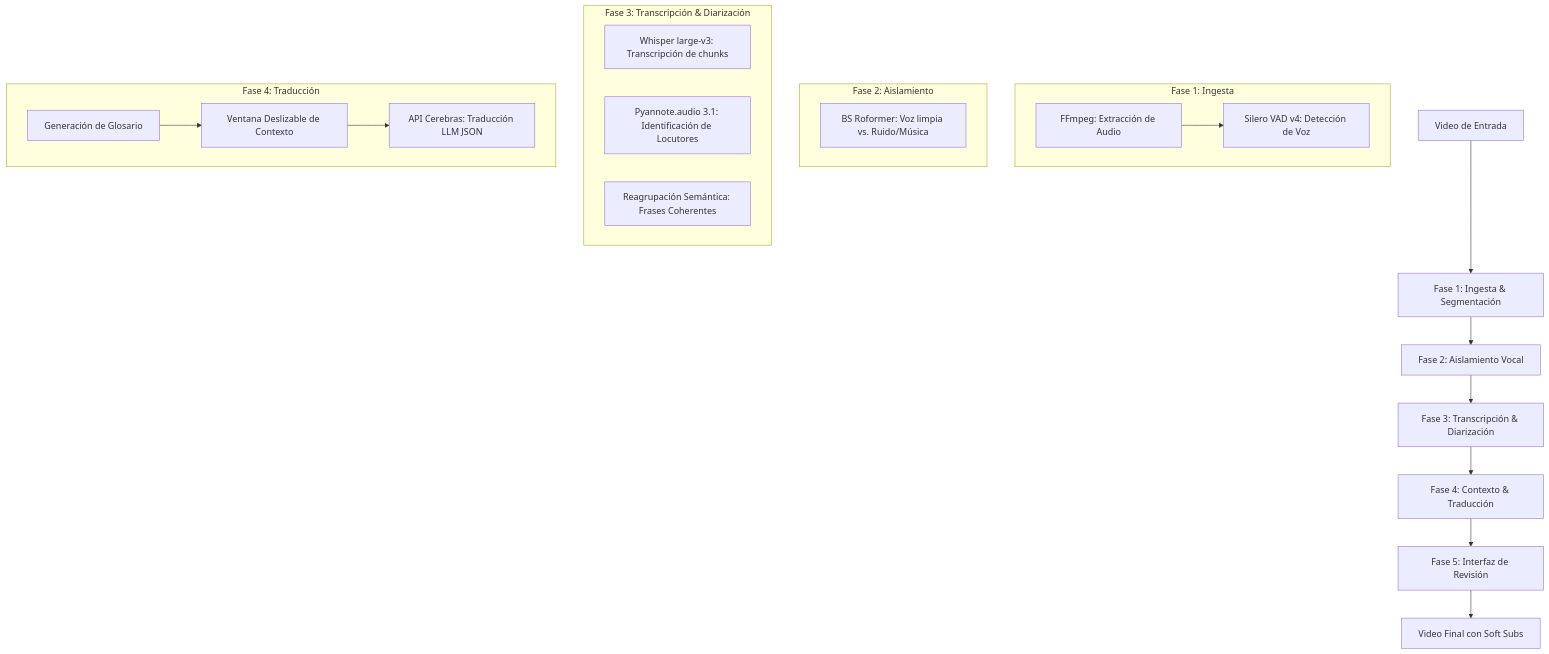
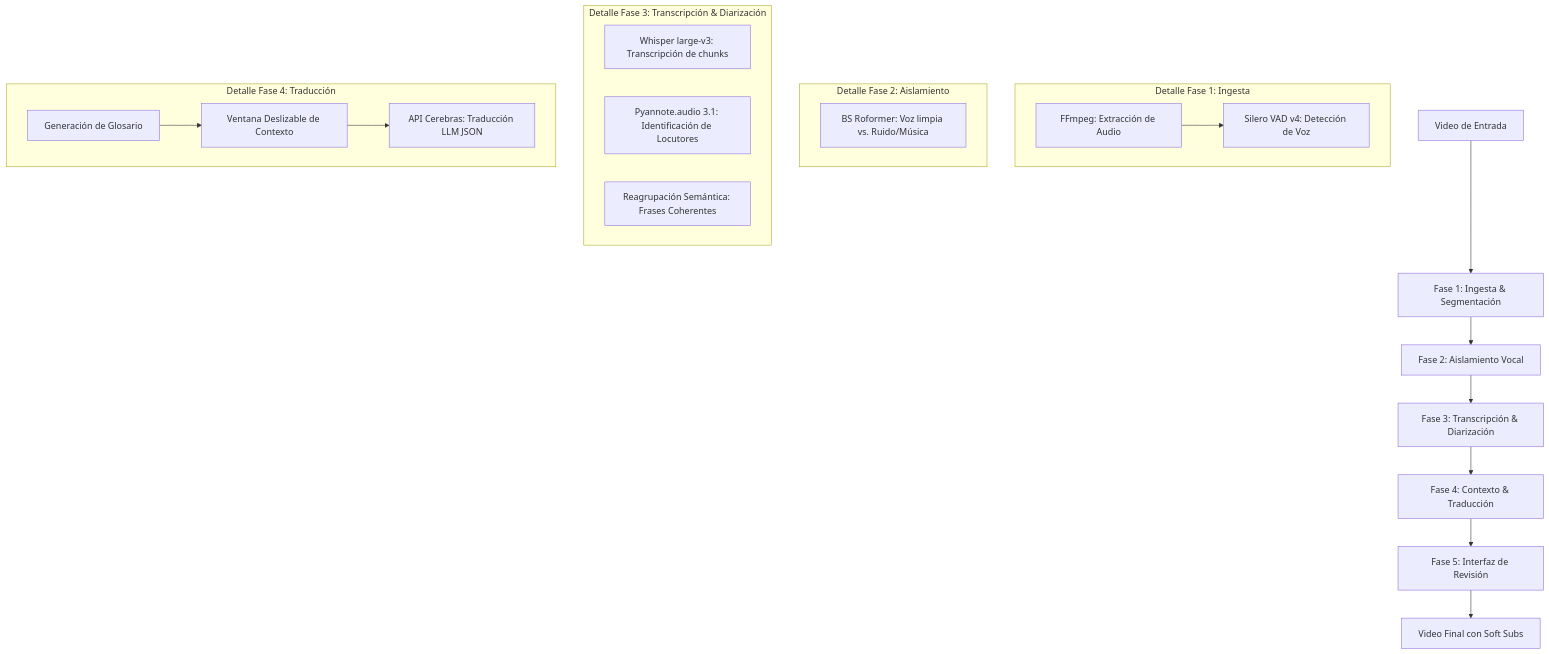
One commit to VictorCodificando/AutoSub-AI changed the diagram in docs/arquitectura/pipeline_procesamiento.md. Above: the diagram before and after it, drawn with Mermaid.

Commit message:
fix: Diagrama con mermaid

````diff
--- a/docs/arquitectura/pipeline_procesamiento.md
+++ b/docs/arquitectura/pipeline_procesamiento.md
@@ -13,28 +13,28 @@
 ```mermaid
 graph TD
-    A[Video de Entrada] --> B[Fase 1: Ingesta & Segmentación]
-    B --> C[Fase 2: Aislamiento Vocal]
-    C --> D[Fase 3: Transcripción & Diarización]
-    D --> E[Fase 4: Contexto & Traducción]
-    E --> F[Fase 5: Interfaz de Revisión]
-    F --> G[Video Final con Soft Subs]
+    A["Video de Entrada"] --> B["Fase 1: Ingesta & Segmentación"]
+    B --> C["Fase 2: Aislamiento Vocal"]
+    C --> D["Fase 3: Transcripción & Diarización"]
+    D --> E["Fase 4: Contexto & Traducción"]
+    E --> F["Fase 5: Interfaz de Revisión"]
+    F --> G["Video Final con Soft Subs"]
 
-    subgraph "Fase 1: Ingesta"
-        B1[FFmpeg: Extracción de Audio] --> B2[Silero VAD v4: Detección de Voz]
+    subgraph "Detalle Fase 1: Ingesta"
+        B1["FFmpeg: Extracción de Audio"] --> B2["Silero VAD v4: Detección de Voz"]
     end
 
-    subgraph "Fase 2: Aislamiento"
-        C1[BS Roformer: Voz limpia vs. Ruido/Música]
+    subgraph "Detalle Fase 2: Aislamiento"
+        C1["BS Roformer: Voz limpia vs. Ruido/Música"]
     end
 
-    subgraph "Fase 3: Transcripción & Diarización"
-        D1[Whisper large-v3: Transcripción de chunks]
-        D2[Pyannote.audio 3.1: Identificación de Locutores]
-        D3[Reagrupación Semántica: Frases Coherentes]
+    subgraph "Detalle Fase 3: Transcripción & Diarización"
+        D1["Whisper large-v3: Transcripción de chunks"]
+        D2["Pyannote.audio 3.1: Identificación de Locutores"]
+        D3["Reagrupación Semántica: Frases Coherentes"]
     end
 
-    subgraph "Fase 4: Traducción"
-        E1[Generación de Glosario] --> E2[Ventana Deslizable de Contexto]
-        E2 --> E3[API Cerebras: Traducción LLM JSON]
+    subgraph "Detalle Fase 4: Traducción"
+        E1["Generación de Glosario"] --> E2["Ventana Deslizable de Contexto"]
+        E2 --> E3["API Cerebras: Traducción LLM JSON"]
     end
 ```
````
